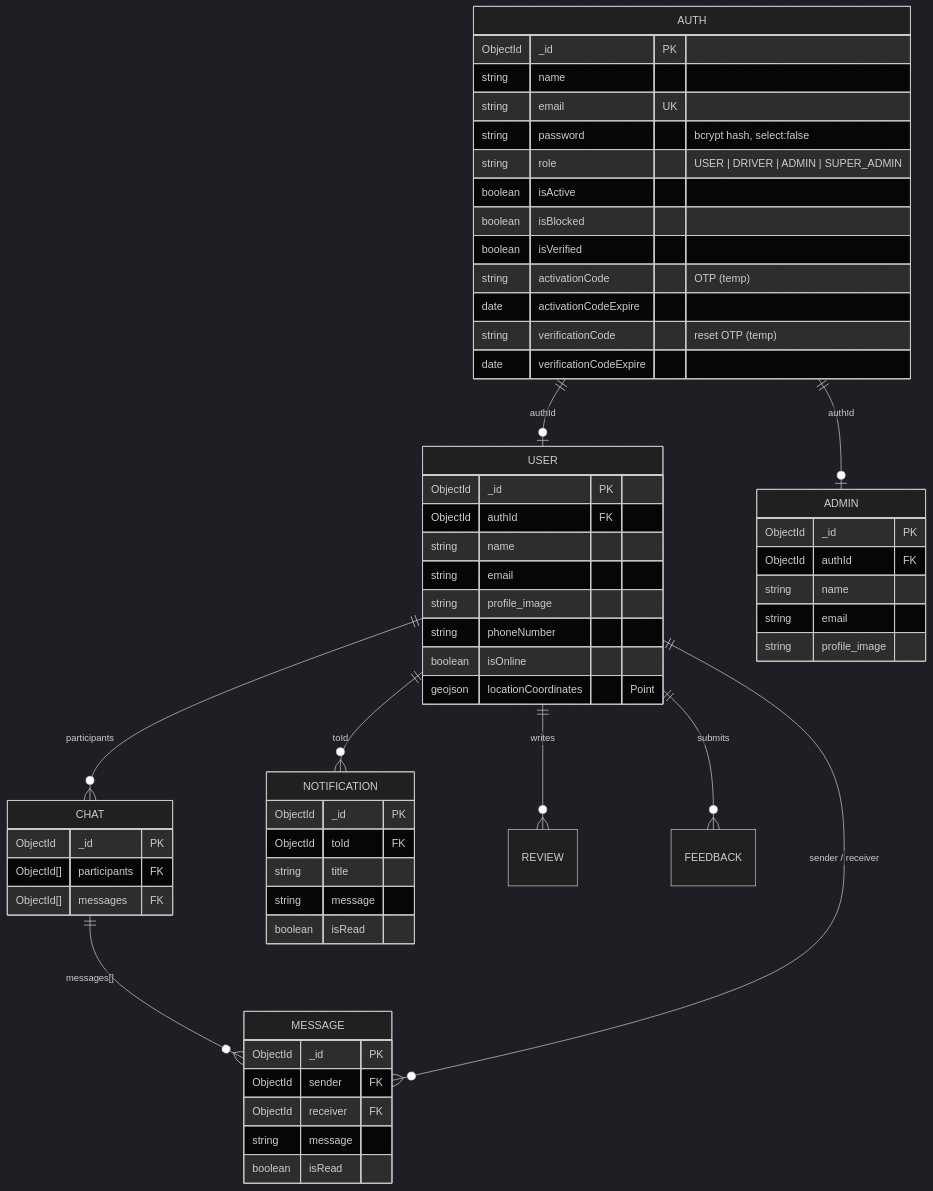
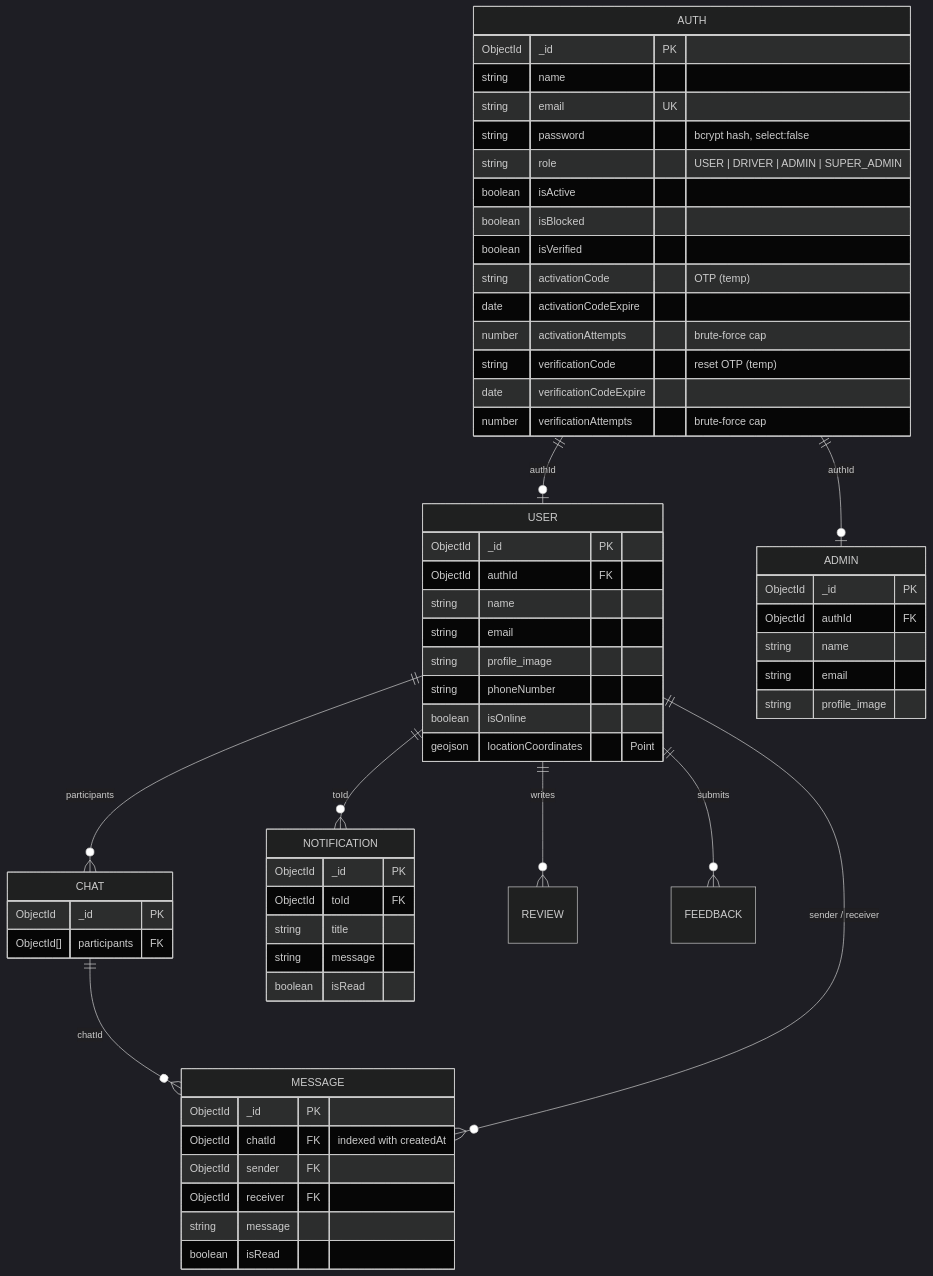
One commit to ThakurSaad/server-setup-template-updated changed the third of 3 diagrams in README.md. Above: the diagram before and after it, drawn with Mermaid (dark theme). The commit also changed other lines of this file and 88 other files, not shown here.

````diff
--- a/README.md
+++ b/README.md
@@ -367,67 +407,69 @@
 ```mermaid
 erDiagram
     AUTH ||--o| USER : "authId"
     AUTH ||--o| ADMIN : "authId"
     USER ||--o{ CHAT : "participants"
-    CHAT ||--o{ MESSAGE : "messages[]"
+    CHAT ||--o{ MESSAGE : "chatId"
     USER ||--o{ MESSAGE : "sender / receiver"
     USER ||--o{ NOTIFICATION : "toId"
     USER ||--o{ REVIEW : "writes"
     USER ||--o{ FEEDBACK : "submits"
 
     AUTH {
         ObjectId _id PK
         string name
         string email UK
         string password "bcrypt hash, select:false"
         string role "USER | DRIVER | ADMIN | SUPER_ADMIN"
         boolean isActive
         boolean isBlocked
         boolean isVerified
         string activationCode "OTP (temp)"
         date activationCodeExpire
+        number activationAttempts "brute-force cap"
         string verificationCode "reset OTP (temp)"
         date verificationCodeExpire
+        number verificationAttempts "brute-force cap"
     }
 
     USER {
         ObjectId _id PK
         ObjectId authId FK
         string name
         string email
         string profile_image
         string phoneNumber
         boolean isOnline
         geojson locationCoordinates "Point"
     }
 
     ADMIN {
         ObjectId _id PK
         ObjectId authId FK
         string name
         string email
         string profile_image
     }
 
     CHAT {
         ObjectId _id PK
         ObjectId[] participants FK
-        ObjectId[] messages FK
     }
 
     MESSAGE {
         ObjectId _id PK
+        ObjectId chatId FK "indexed with createdAt"
         ObjectId sender FK
         ObjectId receiver FK
         string message
         boolean isRead
     }
 
     NOTIFICATION {
         ObjectId _id PK
         ObjectId toId FK
         string title
         string message
         boolean isRead
     }
 ```
````
